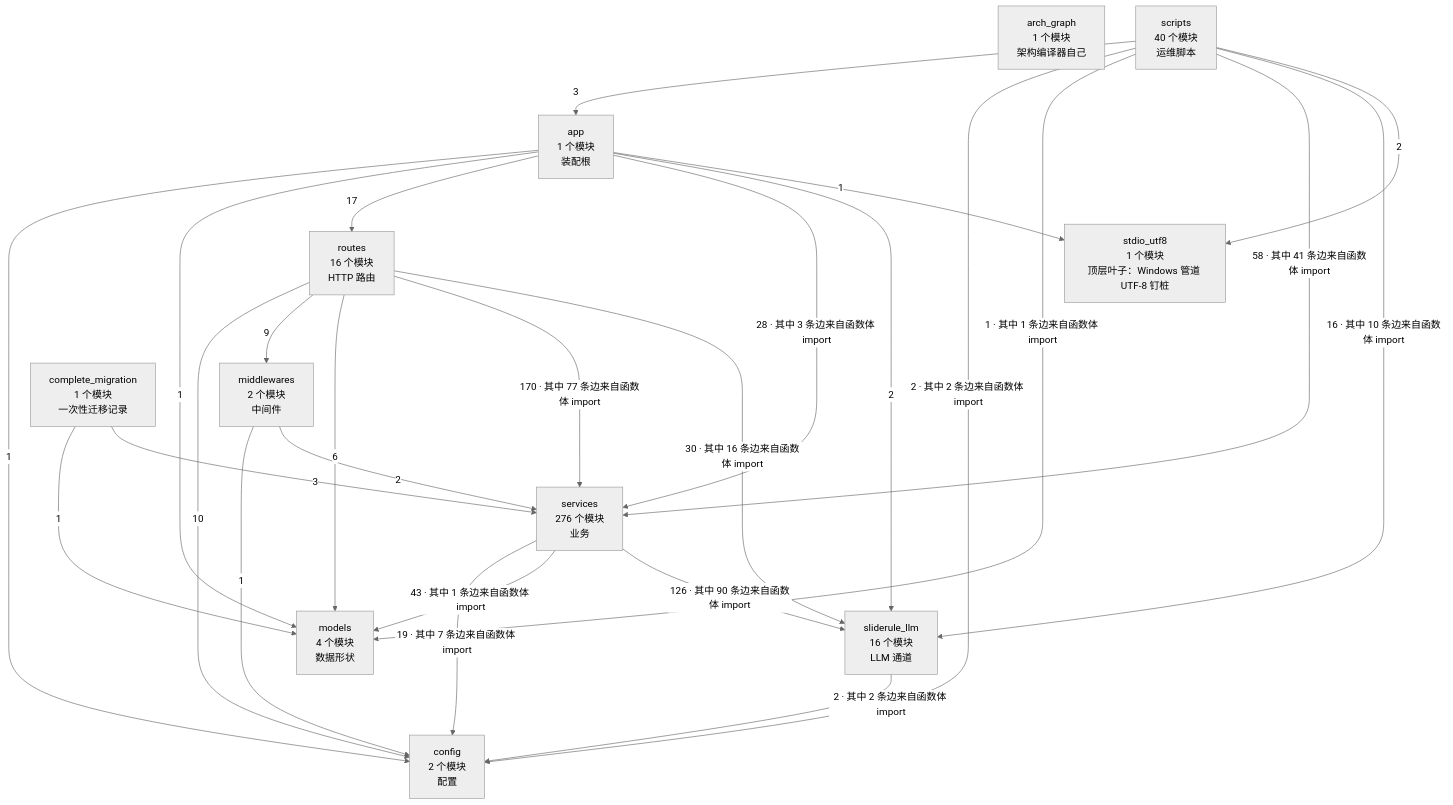
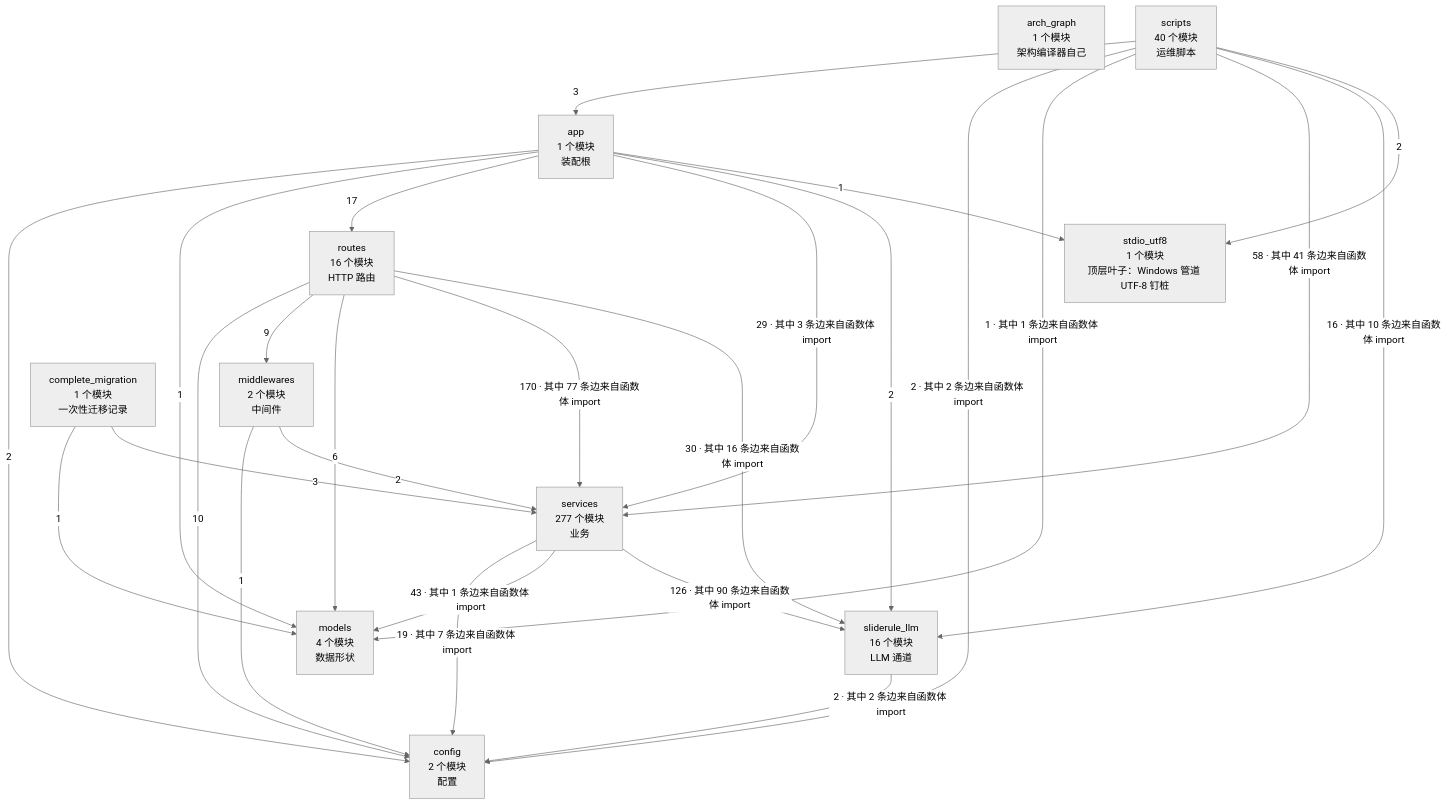
Before and after one commit to 2686521696/WhyBuddy: the second of 4 diagrams in docs/SlideRule V6.2 架构图（自动生成）.md, drawn with Mermaid (neutral theme). The commit also changed other lines of this file and 12 other files, not shown here.

````diff
--- a/docs/SlideRule V6.2 架构图（自动生成）.md
+++ b/docs/SlideRule V6.2 架构图（自动生成）.md
@@ -62,39 +62,39 @@
 ```mermaid
 flowchart TB
   arch_graph["arch_graph<br/>1 个模块<br/>架构编译器自己"]
   config["config<br/>2 个模块<br/>配置"]
   models["models<br/>4 个模块<br/>数据形状"]
   stdio_utf8["stdio_utf8<br/>1 个模块<br/>顶层叶子：Windows 管道 UTF-8 钉桩"]
   sliderule_llm["sliderule_llm<br/>16 个模块<br/>LLM 通道"]
   middlewares["middlewares<br/>2 个模块<br/>中间件"]
-  services["services<br/>276 个模块<br/>业务"]
+  services["services<br/>277 个模块<br/>业务"]
   routes["routes<br/>16 个模块<br/>HTTP 路由"]
   app["app<br/>1 个模块<br/>装配根"]
   complete_migration["complete_migration<br/>1 个模块<br/>一次性迁移记录"]
   scripts["scripts<br/>40 个模块<br/>运维脚本"]
-  app -->|1| config
+  app -->|2| config
   app -->|1| models
   app -->|17| routes
-  app -->|28 · 其中 3 条边来自函数体 import| services
+  app -->|29 · 其中 3 条边来自函数体 import| services
   app -->|2| sliderule_llm
   app -->|1| stdio_utf8
   complete_migration -->|1| models
   complete_migration -->|3| services
   middlewares -->|1| config
   middlewares -->|2| services
   routes -->|10| config
   routes -->|9| middlewares
   routes -->|6| models
   routes -->|170 · 其中 77 条边来自函数体 import| services
   routes -->|30 · 其中 16 条边来自函数体 import| sliderule_llm
   scripts -->|3| app
   scripts -->|2 · 其中 2 条边来自函数体 import| config
   scripts -->|1 · 其中 1 条边来自函数体 import| models
   scripts -->|58 · 其中 41 条边来自函数体 import| services
   scripts -->|16 · 其中 10 条边来自函数体 import| sliderule_llm
   scripts -->|2| stdio_utf8
   services -->|19 · 其中 7 条边来自函数体 import| config
   services -->|43 · 其中 1 条边来自函数体 import| models
   services -->|126 · 其中 90 条边来自函数体 import| sliderule_llm
   sliderule_llm -->|2 · 其中 2 条边来自函数体 import| config
 ```
````
